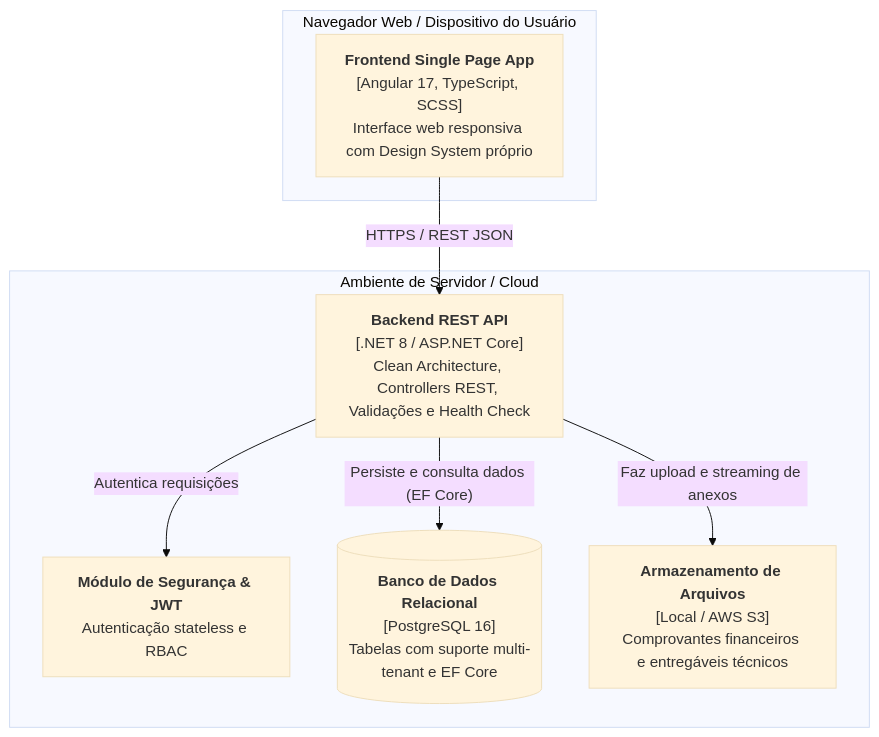
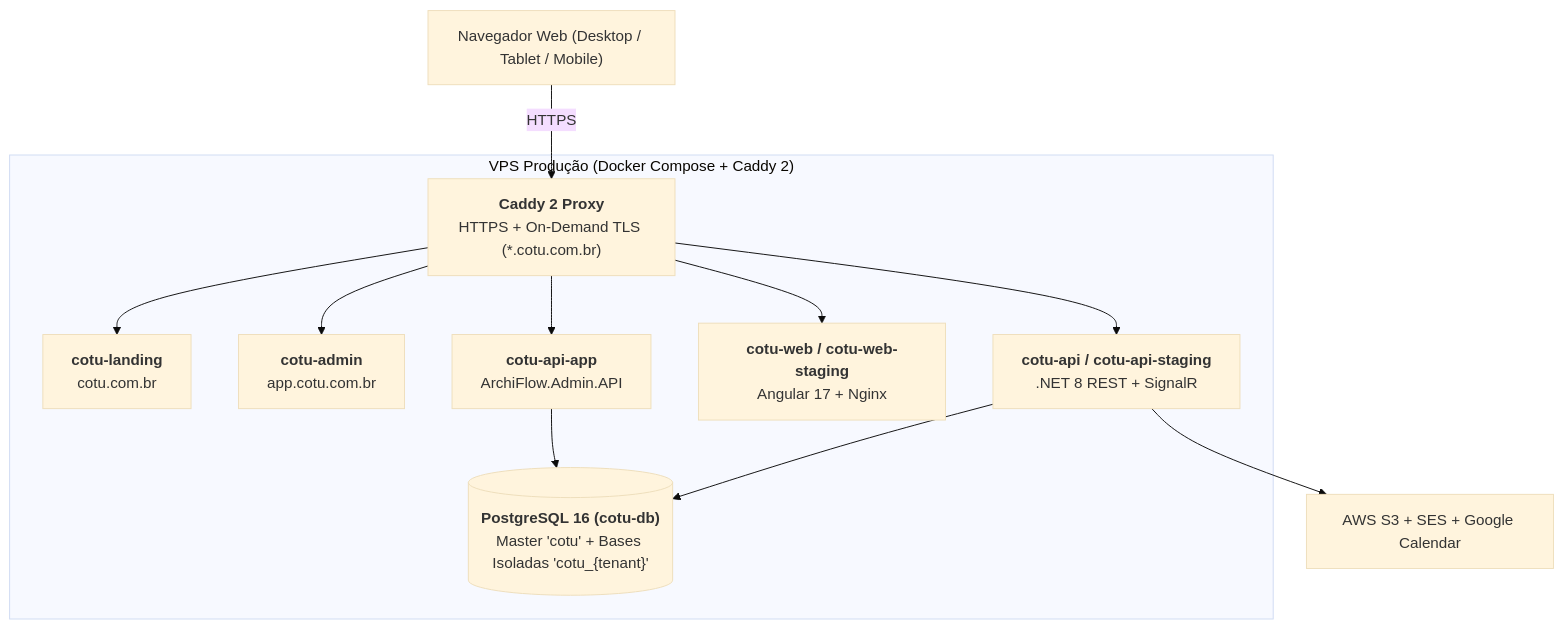
One commit to GabrielBandoch/ArchiFlow.API changed the second of 3 diagrams in wiki/Arquitetura.md. Above: the diagram before and after it, drawn with Mermaid (base theme). The commit also changed other lines of this file and 6 other files, not shown here.

Commit message:
docs: atualizar README, wiki tecnica, modelo de dados, multi-tenancy e ADRs

````diff
--- a/wiki/Arquitetura.md
+++ b/wiki/Arquitetura.md
@@ -60,18 +57,26 @@
 ```mermaid
 graph TD
-    subgraph Cliente["Navegador Web / Dispositivo do Usuário"]
-        SPA["<b>Frontend Single Page App</b><br/>[Angular 17, TypeScript, SCSS]<br/>Interface web responsiva com Design System próprio"]
+    Browser["Navegador Web (Desktop / Tablet / Mobile)"]
+
+    subgraph VPS["VPS Produção (Docker Compose + Caddy 2)"]
+        Caddy["<b>Caddy 2 Proxy</b><br/>HTTPS + On-Demand TLS (*.cotu.com.br)"]
+        Landing["<b>cotu-landing</b><br/>cotu.com.br"]
+        AdminWeb["<b>cotu-admin</b><br/>app.cotu.com.br"]
+        AdminAPI["<b>cotu-api-app</b><br/>ArchiFlow.Admin.API"]
+        Web["<b>cotu-web / cotu-web-staging</b><br/>Angular 17 + Nginx"]
+        API["<b>cotu-api / cotu-api-staging</b><br/>.NET 8 REST + SignalR"]
+        DB[("<b>PostgreSQL 16 (cotu-db)</b><br/>Master 'cotu' + Bases Isoladas 'cotu_{tenant}'")]
     end
 
-    subgraph Backend["Ambiente de Servidor / Cloud"]
-        API["<b>Backend REST API</b><br/>[.NET 8 / ASP.NET Core]<br/>Clean Architecture, Controllers REST, Validações e Health Check"]
-        Auth["<b>Módulo de Segurança & JWT</b><br/>Autenticação stateless e RBAC"]
-        DB[("<b>Banco de Dados Relacional</b><br/>[PostgreSQL 16]<br/>Tabelas com suporte multi-tenant e EF Core")]
-        Storage["<b>Armazenamento de Arquivos</b><br/>[Local / AWS S3]<br/>Comprovantes financeiros e entregáveis técnicos"]
-    end
+    Cloud["AWS S3 + SES + Google Calendar"]
 
-    SPA -->|"HTTPS / REST JSON"| API
-    API -->|"Autentica requisições"| Auth
-    API -->|"Persiste e consulta dados (EF Core)"| DB
-    API -->|"Faz upload e streaming de anexos"| Storage
+    Browser -->|HTTPS| Caddy
+    Caddy --> Landing
+    Caddy --> AdminWeb
+    Caddy --> AdminAPI
+    Caddy --> Web
+    Caddy --> API
+    AdminAPI --> DB
+    API --> DB
+    API --> Cloud
 ```
````
